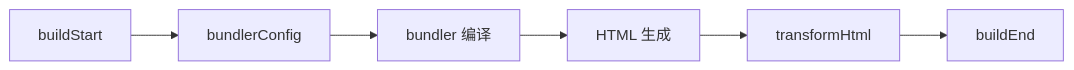
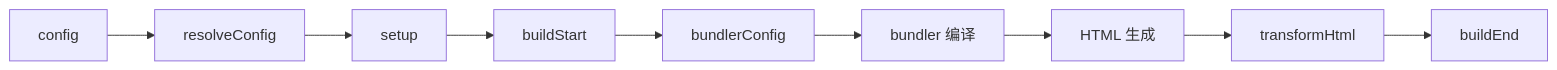
The diagram in docs/i18n/zh-Hans/docusaurus-plugin-content-docs/current/plugins.md (binhanchen25-arch/evjs), drawn with Mermaid before and after one commit. The commit also changed other lines of this file and 20 other files, not shown here.

````diff
--- a/docs/i18n/zh-Hans/docusaurus-plugin-content-docs/current/plugins.md
+++ b/docs/i18n/zh-Hans/docusaurus-plugin-content-docs/current/plugins.md
@@ -63,8 +92,11 @@
 ```mermaid
 flowchart LR
-    A[buildStart] --> B[bundlerConfig]
-    B --> C["bundler 编译"]
-    C --> D["HTML 生成"]
-    D --> E[transformHtml]
-    E --> F[buildEnd]
+    A[config] --> B["resolveConfig"]
+    B --> C[setup]
+    C --> D[buildStart]
+    D --> E[bundlerConfig]
+    E --> F["bundler 编译"]
+    F --> G["HTML 生成"]
+    G --> H[transformHtml]
+    H --> I[buildEnd]
 ```
````
